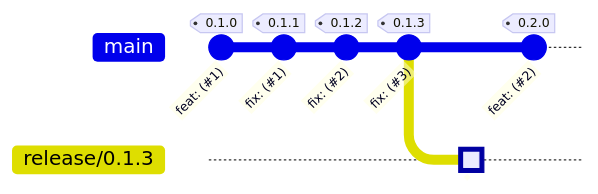
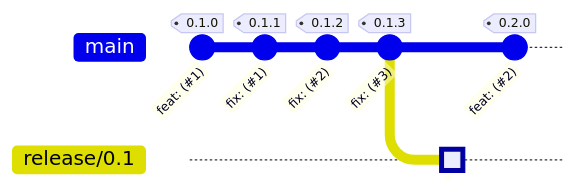
Before and after one commit to tomtom-international/commisery-action: the first of 7 diagrams in docs/SemanticVersioning.md, drawn with Mermaid. The commit also changed other lines of this file and 1 other file, not shown here.

Commit message:
fixup! docs: work instructions for SDK versioning

````diff
--- a/docs/SemanticVersioning.md
+++ b/docs/SemanticVersioning.md
@@ -61,12 +61,12 @@
 ```mermaid
 gitGraph
   commit id: "feat: (#1)" tag: "0.1.0"
   commit id: "fix: (#1)" tag: "0.1.1"
   commit id: "fix: (#2)" tag: "0.1.2"
   commit id: "fix: (#3)" tag: "0.1.3"
-  branch release/0.1.3
+  branch release/0.1
   commit id: " " type: HIGHLIGHT
   checkout main
   commit id: "feat: (#2)" tag: "0.2.0"
 
 ```
````
